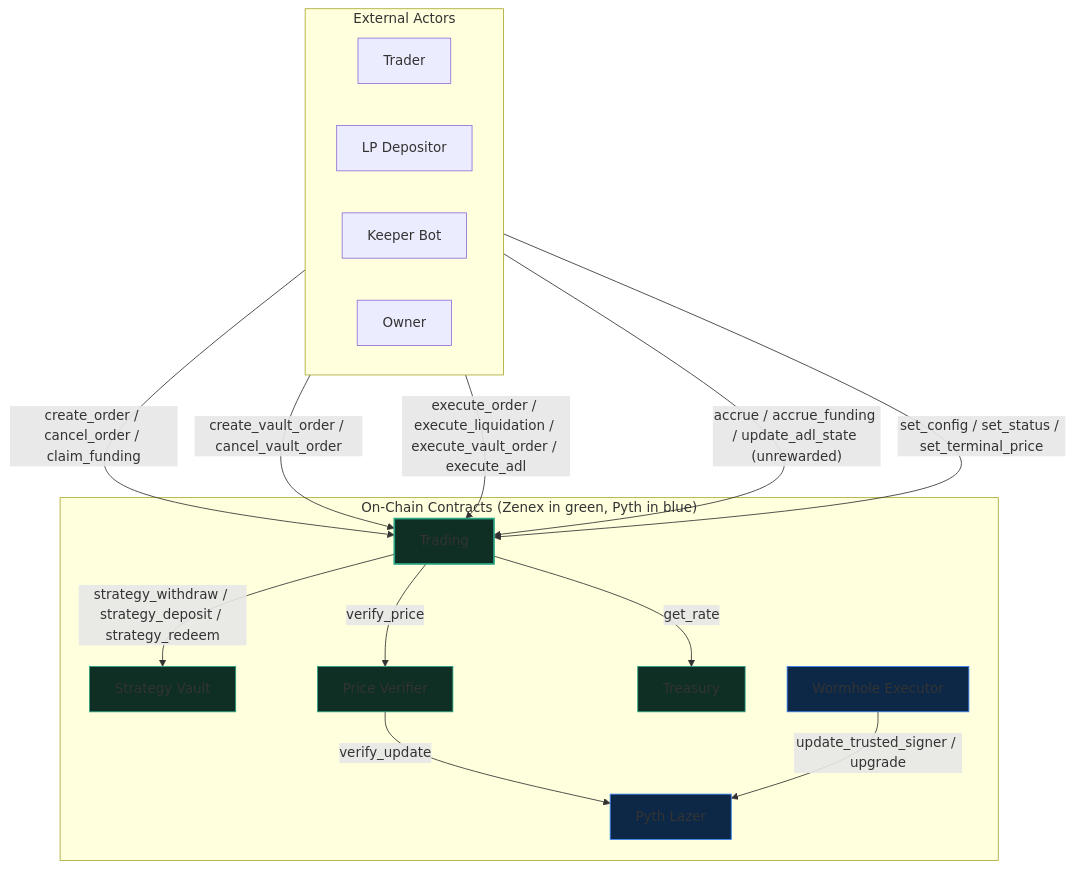
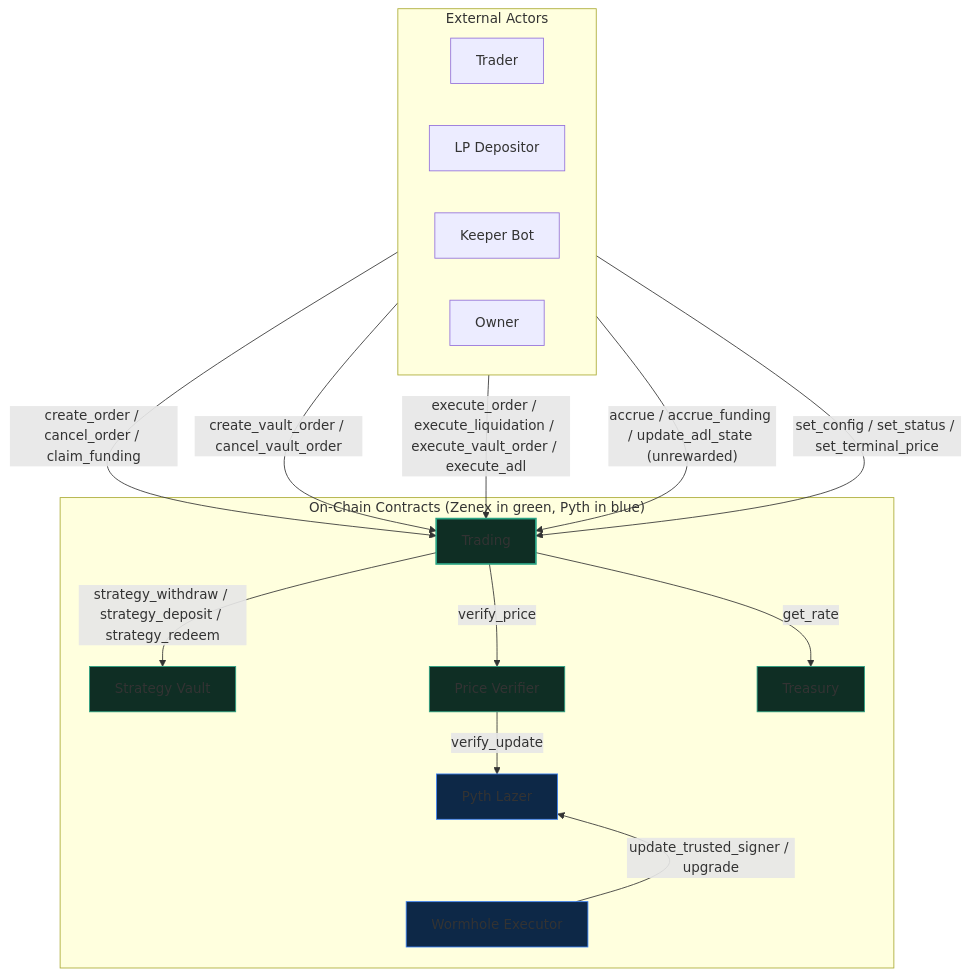
One commit to zenith-protocols/zenex-docs changed the diagram in technical/index.md. Above: the diagram before and after it, drawn with Mermaid.

Commit message:
docs(technical): tuck the Wormhole Executor below Pyth Lazer in the data-flow diagram

````diff
--- a/technical/index.md
+++ b/technical/index.md
@@ -41,39 +41,40 @@
 ```mermaid
 flowchart TB
     subgraph Actors["External Actors"]
         direction LR
         Trader["Trader"]
         LP["LP Depositor"]
         Keeper["Keeper Bot"]
         Admin["Owner"]
     end
 
     subgraph Contracts["On-Chain Contracts (Zenex in green, Pyth in blue)"]
         Trading["Trading"]
         Vault["Strategy Vault"]
         PV["Price Verifier"]
         Treasury["Treasury"]
         Lazer["Pyth Lazer"]
         Executor["Wormhole Executor"]
     end
 
     Trader -->|"create_order / cancel_order / claim_funding"| Trading
     LP -->|"create_vault_order / cancel_vault_order"| Trading
     Keeper -->|"execute_order / execute_liquidation / execute_vault_order / execute_adl"| Trading
     Keeper -->|"accrue / accrue_funding / update_adl_state (unrewarded)"| Trading
     Admin -->|"set_config / set_status / set_terminal_price"| Trading
 
     Trading -->|"verify_price"| PV
     PV -->|"verify_update"| Lazer
     Trading -->|"strategy_withdraw / strategy_deposit / strategy_redeem"| Vault
     Trading -->|"get_rate"| Treasury
 
+    Lazer ~~~ Executor
     Executor -->|"update_trusted_signer / upgrade"| Lazer
 
     style Trading fill:#0f2e24,stroke:#29a383,stroke-width:2px
     style Vault fill:#0f2e24,stroke:#29a383
     style PV fill:#0f2e24,stroke:#29a383
     style Treasury fill:#0f2e24,stroke:#29a383
     style Lazer fill:#0d2847,stroke:#3b82f6
     style Executor fill:#0d2847,stroke:#3b82f6
 ```
````
